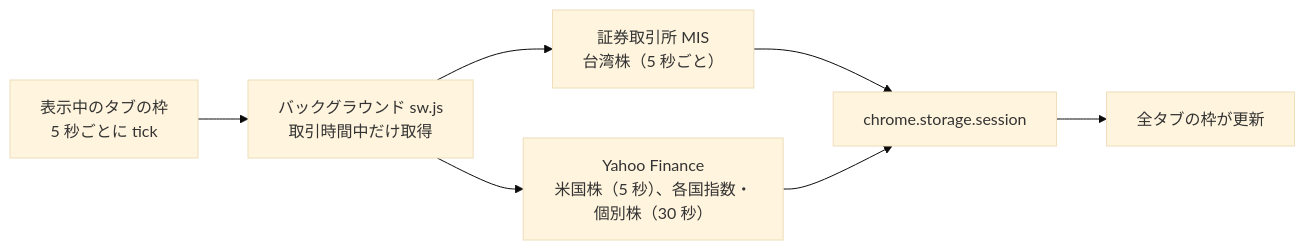
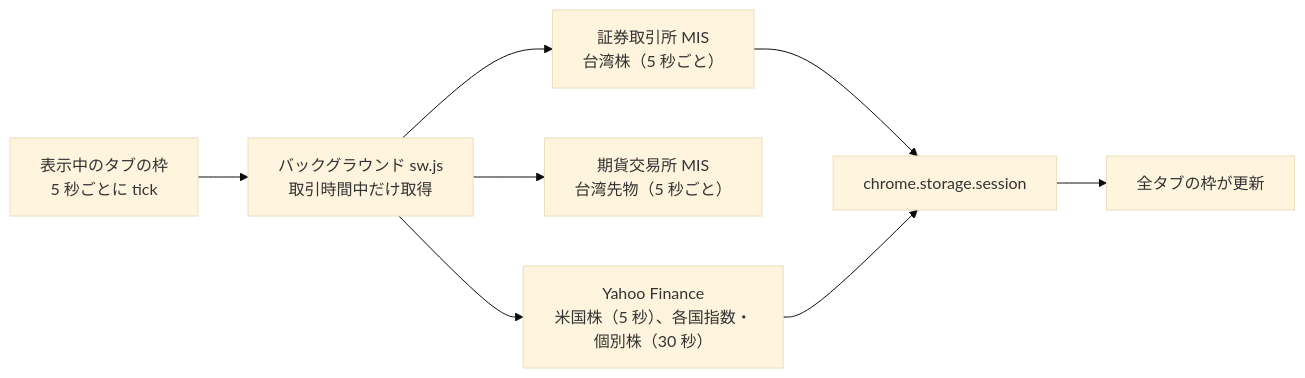
The diagram in README.ja.md (Ashur5457/PeekaStock), drawn with Mermaid (base theme) before and after one commit. The commit also changed other lines of this file and 15 other files, not shown here.

````diff
--- a/README.ja.md
+++ b/README.ja.md
@@ -65,9 +67,10 @@
 ```mermaid
 flowchart LR
   BOX["表示中のタブの枠<br/>5 秒ごとに tick"] --> SW["バックグラウンド sw.js<br/>取引時間中だけ取得"]
   SW --> MIS["証券取引所 MIS<br/>台湾株（5 秒ごと）"]
+  SW --> TF["期貨交易所 MIS<br/>台湾先物（5 秒ごと）"]
   SW --> YF["Yahoo Finance<br/>米国株（5 秒）、各国指数・個別株（30 秒）"]
   MIS --> ST["chrome.storage.session"]
   YF --> ST
   ST --> ALL["全タブの枠が更新"]
 ```
````
